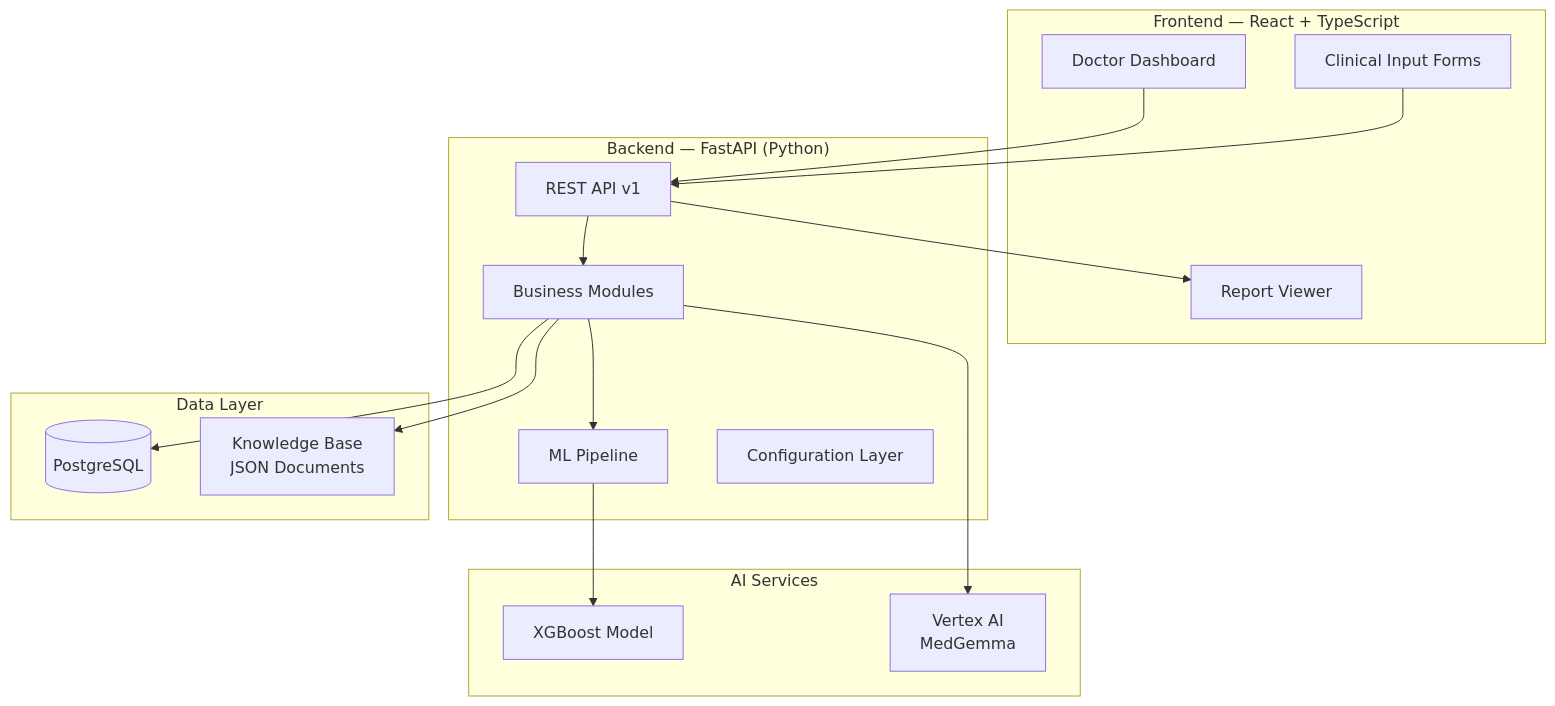
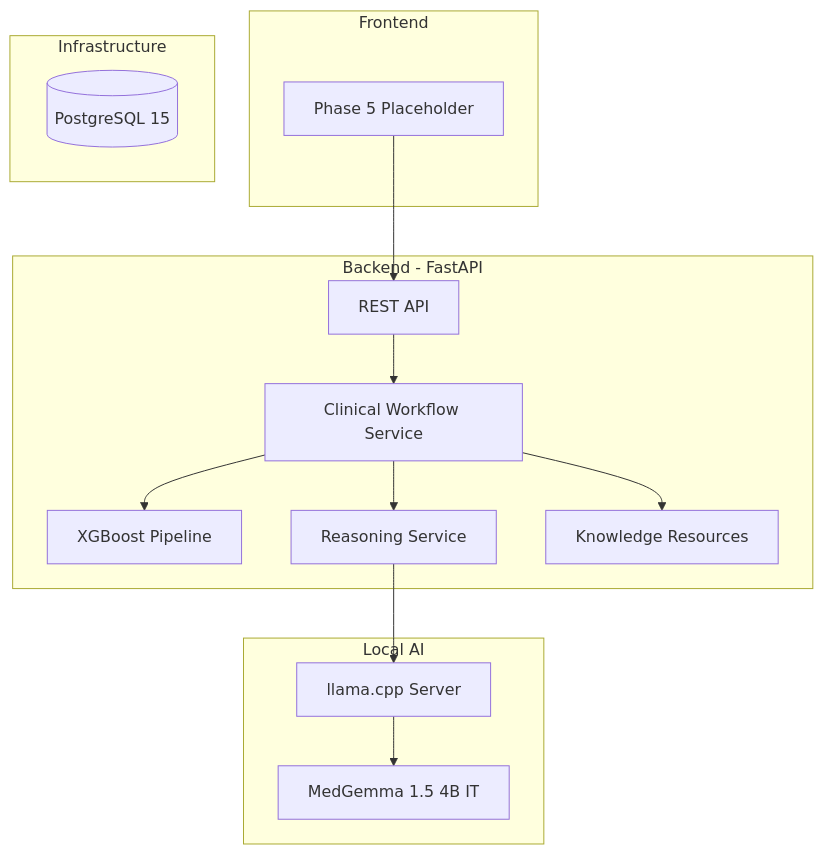
The third of 3 diagrams in README.md (harshavardhanmalipeddi1-innovates/MedIntel), drawn with Mermaid before and after one commit. The commit also changed other lines of this file, not shown here.

Commit message:
docs: align README with verified local architecture

````diff
--- a/README.md
+++ b/README.md
@@ -168,35 +183,31 @@
 ```mermaid
 graph TB
-    subgraph Frontend["Frontend — React + TypeScript"]
-        UI[Doctor Dashboard]
-        Forms[Clinical Input Forms]
-        Report[Report Viewer]
+    subgraph Frontend["Frontend"]
+        FE[Phase 5 Placeholder]
     end
 
-    subgraph Backend["Backend — FastAPI (Python)"]
-        API[REST API v1]
-        Modules[Business Modules]
-        ML[ML Pipeline]
-        Config[Configuration Layer]
+    subgraph Backend["Backend - FastAPI"]
+        API[REST API]
+        WF[Clinical Workflow Service]
+        ML[XGBoost Pipeline]
+        RS[Reasoning Service]
+        KB[Knowledge Resources]
     end
 
-    subgraph Data["Data Layer"]
-        PG[(PostgreSQL)]
-        KB[Knowledge Base\nJSON Documents]
+    subgraph LocalAI["Local AI"]
+        MG[MedGemma 1.5 4B IT]
+        LLAMA[llama.cpp Server]
     end
 
-    subgraph AI["AI Services"]
-        XGB[XGBoost Model]
-        VAI[Vertex AI\nMedGemma]
+    subgraph Data["Infrastructure"]
+        PG[(PostgreSQL 15)]
     end
 
-    UI --> API
-    Forms --> API
-    API --> Modules
-    Modules --> ML
-    Modules --> KB
-    Modules --> PG
-    ML --> XGB
-    Modules --> VAI
-    API --> Report
+    FE --> API
+    API --> WF
+    WF --> ML
+    WF --> KB
+    WF --> RS
+    RS --> LLAMA
+    LLAMA --> MG
 ```
````
